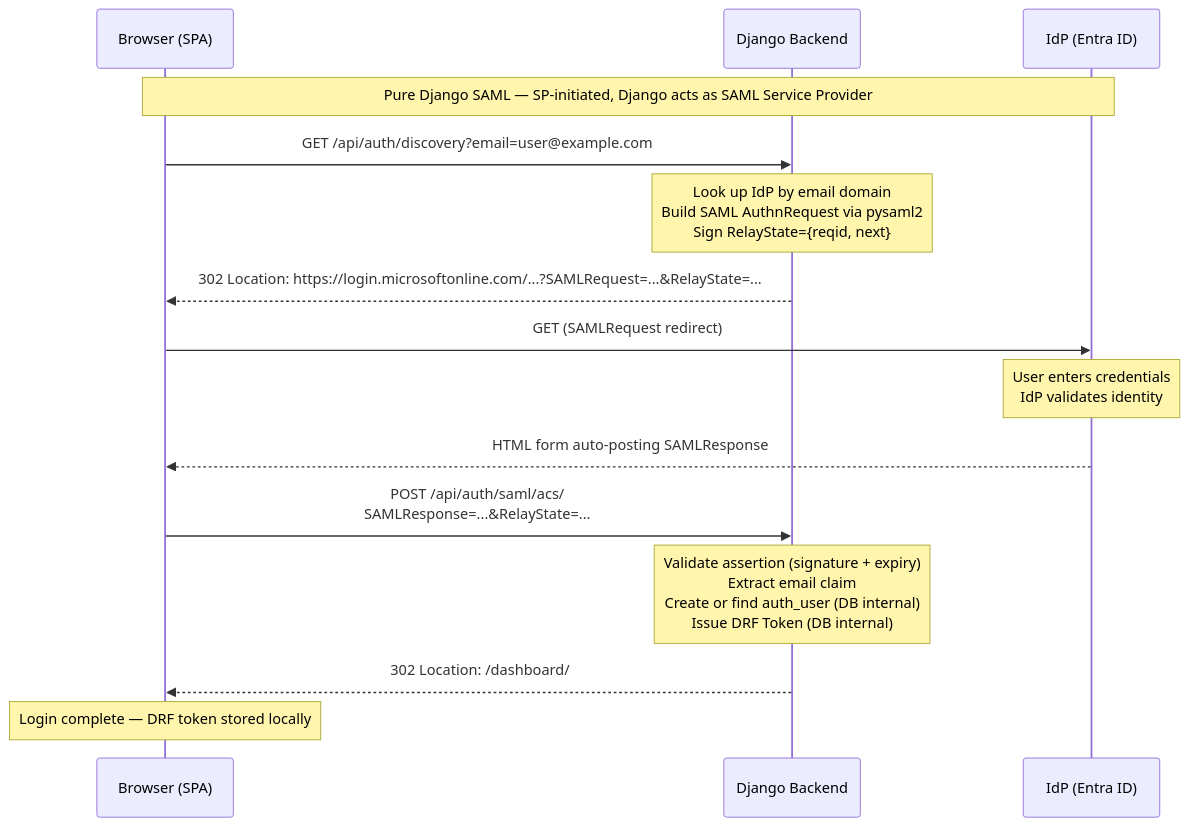
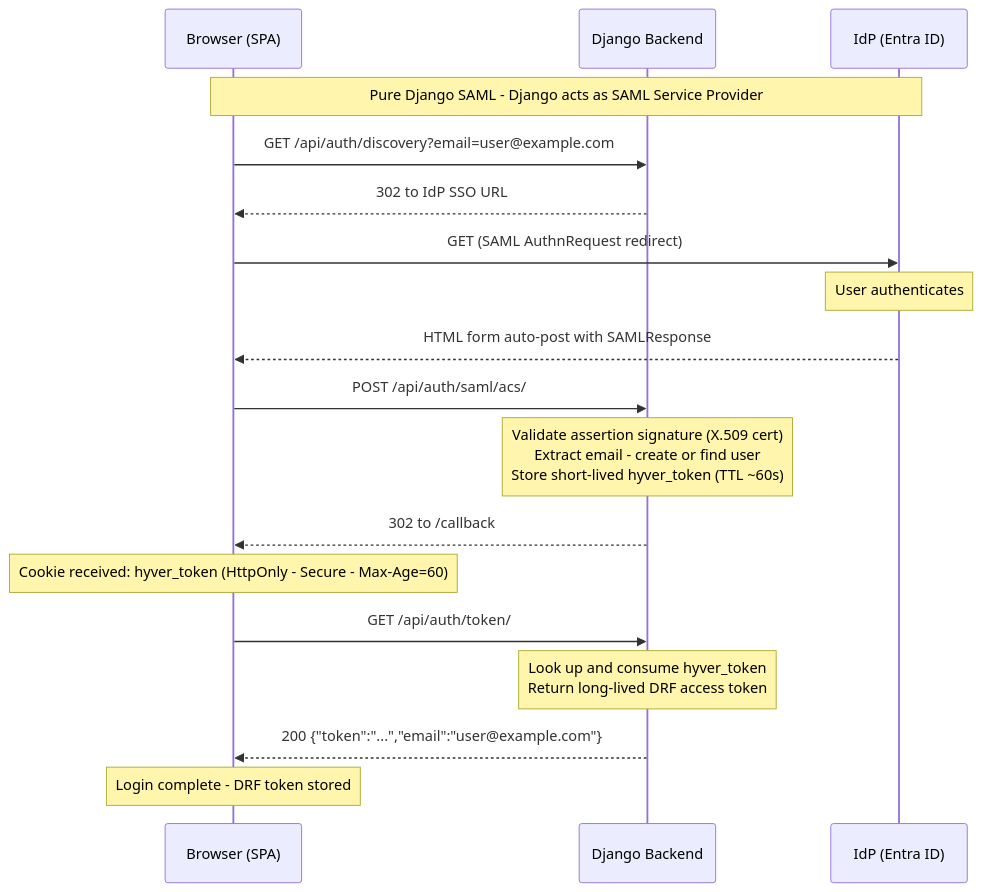
One commit to KuzichIlya/django_to_congnito_migration changed the diagram in docs/diagrams/saml-01-pure-django.mmd. Above: the diagram before and after it, drawn with Mermaid. The commit also changed 14 other files, not shown here.

```diff
--- a/docs/diagrams/saml-01-pure-django.mmd
+++ b/docs/diagrams/saml-01-pure-django.mmd
@@ -1,20 +1,24 @@
 sequenceDiagram
     participant Browser as Browser (SPA)
     participant Django as Django Backend
     participant IdP as IdP (Entra ID)
 
-    Note over Browser,IdP: Pure Django SAML — SP-initiated, Django acts as SAML Service Provider
+    Note over Browser,IdP: Pure Django SAML - Django acts as SAML Service Provider
 
     Browser->>Django: GET /api/auth/discovery?email=user@example.com
-    Note over Django: Look up IdP by email domain<br/>Build SAML AuthnRequest via pysaml2<br/>Sign RelayState={reqid, next}
-    Django-->>Browser: 302 Location: https://login.microsoftonline.com/...?SAMLRequest=...&RelayState=...
+    Django-->>Browser: 302 to IdP SSO URL
 
-    Browser->>IdP: GET (SAMLRequest redirect)
-    Note over IdP: User enters credentials<br/>IdP validates identity
-    IdP-->>Browser: HTML form auto-posting SAMLResponse
+    Browser->>IdP: GET (SAML AuthnRequest redirect)
+    Note over IdP: User authenticates
+    IdP-->>Browser: HTML form auto-post with SAMLResponse
 
-    Browser->>Django: POST /api/auth/saml/acs/<br/>SAMLResponse=...&RelayState=...
-    Note over Django: Validate assertion (signature + expiry)<br/>Extract email claim<br/>Create or find auth_user (DB internal)<br/>Issue DRF Token (DB internal)
-    Django-->>Browser: 302 Location: /dashboard/#django_token=abc123&email=user@example.com
+    Browser->>Django: POST /api/auth/saml/acs/
+    Note over Django: Validate assertion signature (X.509 cert)<br/>Extract email - create or find user<br/>Store short-lived hyver_token (TTL ~60s)
+    Django-->>Browser: 302 to /callback
+    Note over Browser: Cookie received: hyver_token (HttpOnly - Secure - Max-Age=60)
 
-    Note over Browser: Login complete — DRF token stored locally
+    Browser->>Django: GET /api/auth/token/
+    Note over Django: Look up and consume hyver_token<br/>Return long-lived DRF access token
+    Django-->>Browser: 200 {"token":"...","email":"user@example.com"}
+
+    Note over Browser: Login complete - DRF token stored
```
